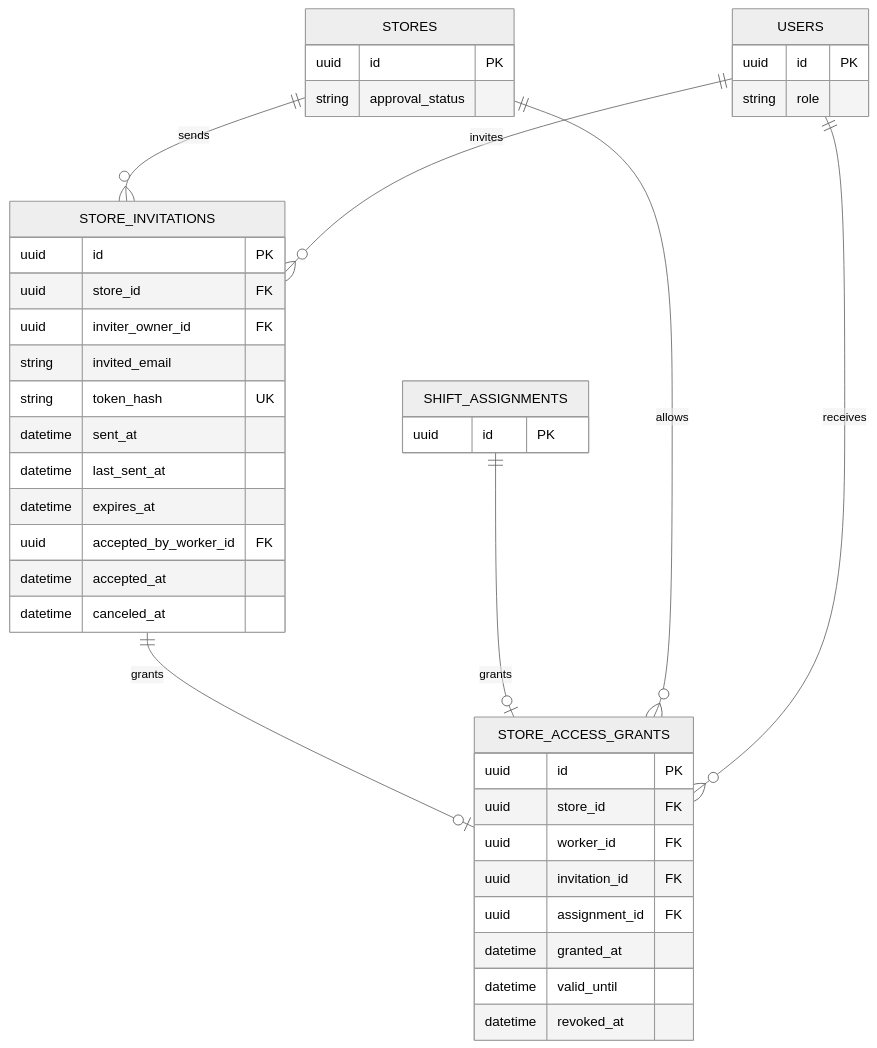
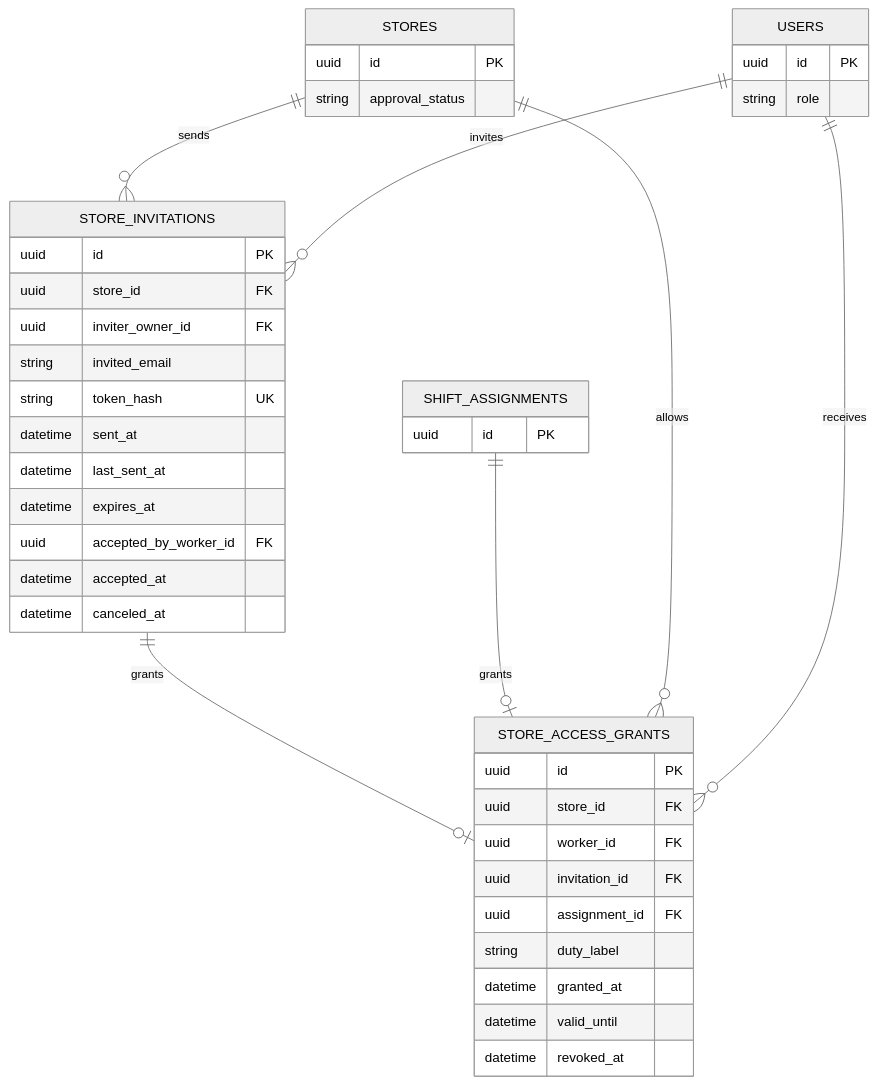
Before and after one commit to 2026-KW-HACKATHON/29_Jidan: the diagram in back-end/docs/erd/access.md, drawn with Mermaid (neutral theme). The commit also changed other lines of this file, not shown here.

Commit message:
docs(access): 근무자 상세의 담당 업무 필드 반영
근무 상태 상세 화면에 표시되는 업무 정보를 ERD에 연결

정기 근무 입력 경로가 없어 nullable 제안으로 명시

````diff
--- a/back-end/docs/erd/access.md
+++ b/back-end/docs/erd/access.md
@@ -3,44 +3,45 @@
 ```mermaid
 erDiagram
     STORES ||--o{ STORE_INVITATIONS : sends
     USERS ||--o{ STORE_INVITATIONS : invites
     STORE_INVITATIONS ||--o| STORE_ACCESS_GRANTS : grants
     SHIFT_ASSIGNMENTS ||--o| STORE_ACCESS_GRANTS : grants
     STORES ||--o{ STORE_ACCESS_GRANTS : allows
     USERS ||--o{ STORE_ACCESS_GRANTS : receives
 
     STORES {
         uuid id PK
         string approval_status
     }
     USERS {
         uuid id PK
         string role
     }
     STORE_INVITATIONS {
         uuid id PK
         uuid store_id FK
         uuid inviter_owner_id FK
         string invited_email
         string token_hash UK
         datetime sent_at
         datetime last_sent_at
         datetime expires_at
         uuid accepted_by_worker_id FK
         datetime accepted_at
         datetime canceled_at
     }
     SHIFT_ASSIGNMENTS {
         uuid id PK
     }
     STORE_ACCESS_GRANTS {
         uuid id PK
         uuid store_id FK
         uuid worker_id FK
         uuid invitation_id FK
         uuid assignment_id FK
+        string duty_label
         datetime granted_at
         datetime valid_until
         datetime revoked_at
     }
 ```
````
